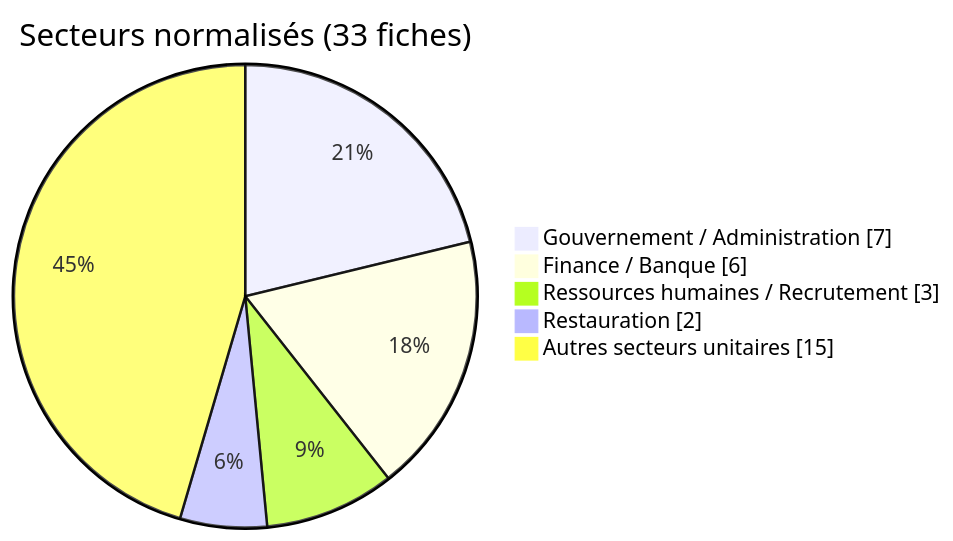
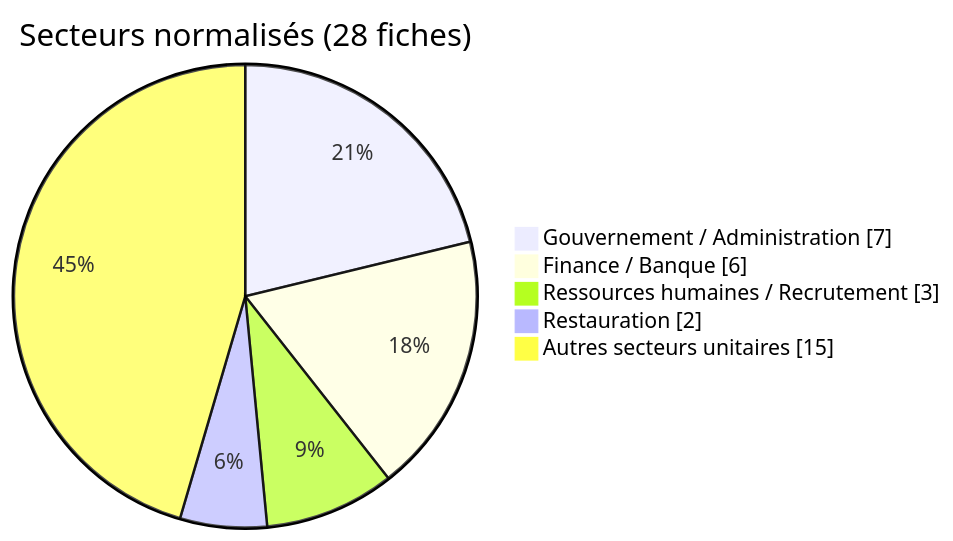
Before and after one commit to Hatchepsoute/AFRINTEL: the diagram in visual-intelligence/08-august/sector-map_august_2026_fr.md, drawn with Mermaid. The commit also changed 120 other files, not shown here.

````diff
--- a/visual-intelligence/08-august/sector-map_august_2026_fr.md
+++ b/visual-intelligence/08-august/sector-map_august_2026_fr.md
@@ -3,9 +3,9 @@
 ```mermaid
 pie showData
-    title Secteurs normalisés (33 fiches)
+    title Secteurs normalisés (28 fiches)
     "Gouvernement / Administration" : 7
     "Finance / Banque" : 6
     "Ressources humaines / Recrutement" : 3
     "Restauration" : 2
     "Autres secteurs unitaires" : 15
 ```
````
